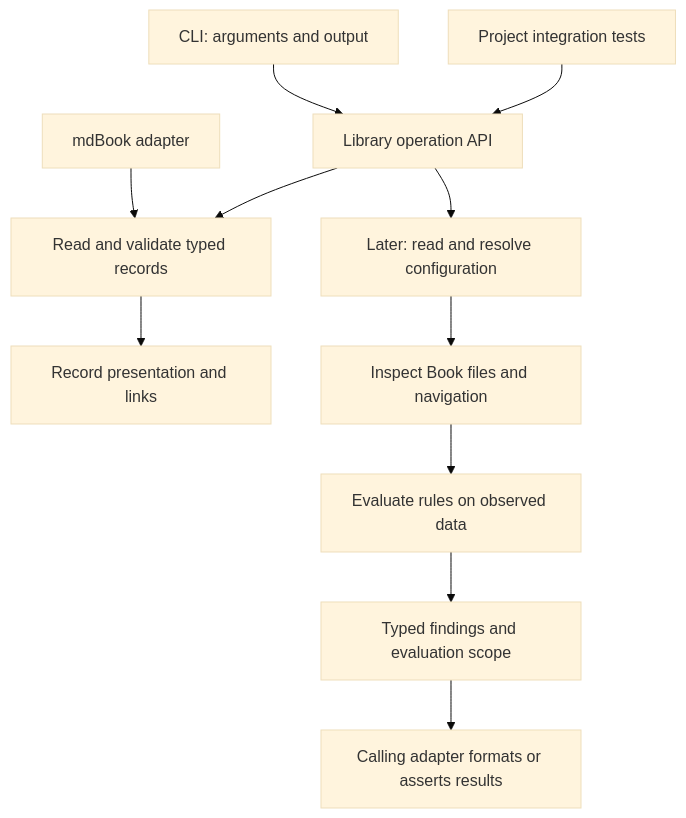
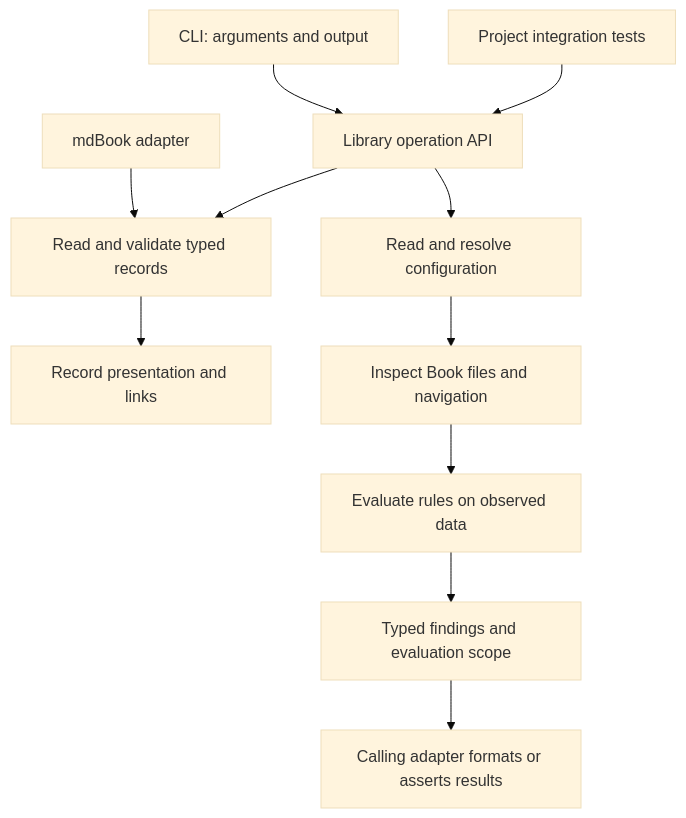
One commit to anchor-book/anchor-book changed the diagram in book/design/rust-engine.md. Above: the diagram before and after it, drawn with Mermaid (base theme). The commit also changed 6 other files, not shown here.

````diff
--- a/book/design/rust-engine.md
+++ b/book/design/rust-engine.md
@@ -123,14 +123,14 @@
 ```mermaid
 %%{init: {"flowchart": {"useMaxWidth": false}}}%%
 flowchart TB
     cli["CLI: arguments and output"] --> api["Library operation API"]
     tests["Project integration tests"] --> api
     md["mdBook adapter"] --> records["Read and validate typed records"]
     api --> records
     records --> render["Record presentation and links"]
-    api --> load["Later: read and resolve configuration"]
+    api --> load["Read and resolve configuration"]
     load --> inspect["Inspect Book files and navigation"]
     inspect --> evaluate["Evaluate rules on observed data"]
     evaluate --> report["Typed findings and evaluation scope"]
     report --> caller["Calling adapter formats or asserts results"]
 ```
````
